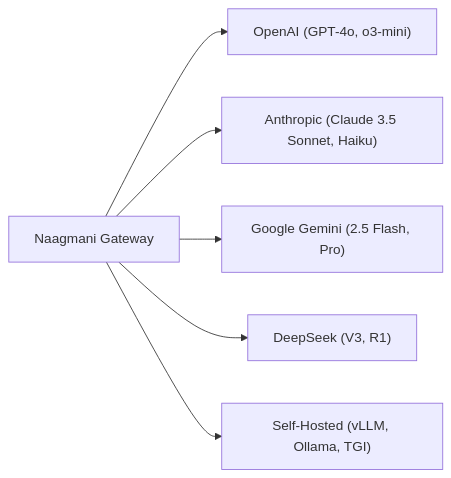
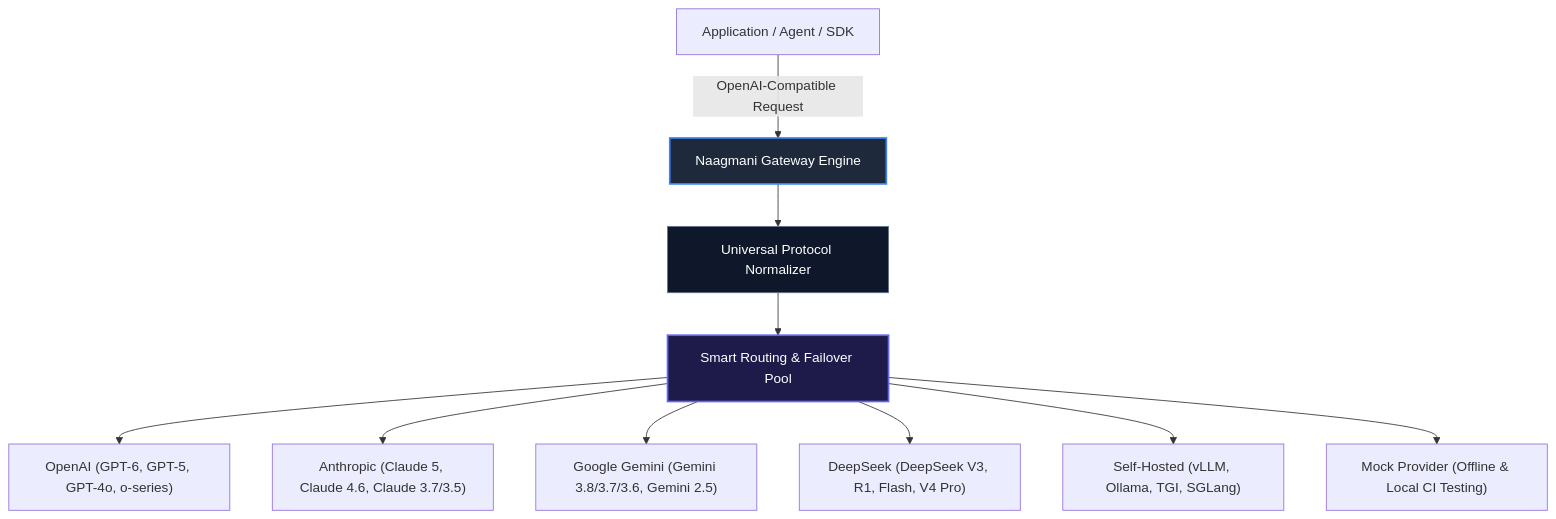
One commit to bhakha-services/naagmani-docs changed the diagram in docs/concepts/providers.md. Above: the diagram before and after it, drawn with Mermaid. The commit also changed other lines of this file and 4 other files, not shown here.

````diff
--- a/docs/concepts/providers.md
+++ b/docs/concepts/providers.md
@@ -5,8 +5,17 @@
 ```mermaid
-graph LR
-    GW["Naagmani Gateway"] --> OAI["OpenAI (GPT-4o, o3-mini)"]
-    GW --> Anth["Anthropic (Claude 3.5 Sonnet, Haiku)"]
-    GW --> Gem["Google Gemini (2.5 Flash, Pro)"]
-    GW --> DS["DeepSeek (V3, R1)"]
-    GW --> Self["Self-Hosted (vLLM, Ollama, TGI)"]
+graph TD
+    Client["Application / Agent / SDK"] -->|OpenAI-Compatible Request| Gateway["Naagmani Gateway Engine"]
+    Gateway --> Norm["Universal Protocol Normalizer"]
+    Norm --> Router["Smart Routing & Failover Pool"]
+    
+    Router --> P1["OpenAI (GPT-6, GPT-5, GPT-4o, o-series)"]
+    Router --> P2["Anthropic (Claude 5, Claude 4.6, Claude 3.7/3.5)"]
+    Router --> P3["Google Gemini (Gemini 3.8/3.7/3.6, Gemini 2.5)"]
+    Router --> P4["DeepSeek (DeepSeek V3, R1, Flash, V4 Pro)"]
+    Router --> P5["Self-Hosted (vLLM, Ollama, TGI, SGLang)"]
+    Router --> P6["Mock Provider (Offline & Local CI Testing)"]
+
+    style Gateway fill:#1e293b,stroke:#3b82f6,stroke-width:2px,color:#fff
+    style Norm fill:#0f172a,stroke:#64748b,stroke-width:1px,color:#fff
+    style Router fill:#1e1b4b,stroke:#6366f1,stroke-width:2px,color:#fff
 ```
````
